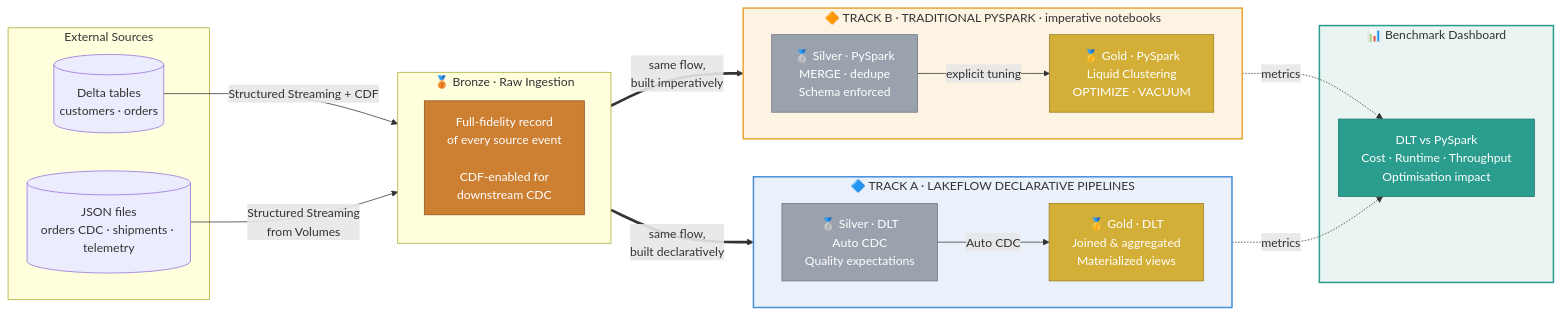
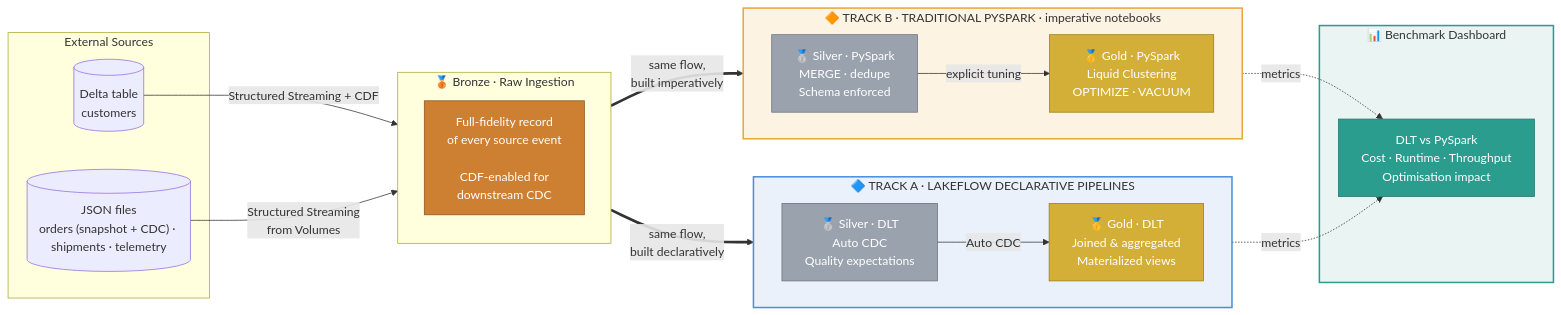
Before and after one commit to schmucas/databricks_de_professional_practice: the second of 5 diagrams in README.md, drawn with Mermaid. The commit also changed other lines of this file and 2 other files, not shown here.

Commit message:
update orders flow and readme

````diff
--- a/README.md
+++ b/README.md
@@ -150,50 +151,50 @@
 ```mermaid
 flowchart LR
     subgraph Sources["External Sources"]
-        S1[("Delta tables<br/>customers · orders")]
-        S2[("JSON files<br/>orders CDC · shipments · telemetry")]
+        S1[("Delta table<br/>customers")]
+        S2[("JSON files<br/>orders (snapshot + CDC) · shipments · telemetry")]
     end
 
     subgraph Bronze["🥉 Bronze · Raw Ingestion"]
         B["Full-fidelity record<br/>of every source event<br/><br/>CDF-enabled for<br/>downstream CDC"]
     end
 
     subgraph dlt_track["🔷 TRACK A · LAKEFLOW DECLARATIVE PIPELINES"]
         direction LR
         SV1["🥈 Silver · DLT<br/>Auto CDC<br/>Quality expectations"]
         G1["🥇 Gold · DLT<br/>Joined & aggregated<br/>Materialized views"]
         SV1 -->|"Auto CDC"| G1
     end
 
     subgraph psp_track["🔶 TRACK B · TRADITIONAL PYSPARK · imperative notebooks"]
         direction LR
         SV2["🥈 Silver · PySpark<br/>MERGE · dedupe<br/>Schema enforced"]
         G2["🥇 Gold · PySpark<br/>Liquid Clustering<br/>OPTIMIZE · VACUUM"]
         SV2 -->|"explicit tuning"| G2
     end
 
     subgraph bench["📊 Benchmark Dashboard"]
         CMP["DLT vs PySpark<br/>Cost · Runtime · Throughput<br/>Optimisation impact"]
     end
 
     S1 -->|"Structured Streaming + CDF"| Bronze
     S2 -->|"Structured Streaming<br/>from Volumes"| Bronze
     Bronze ==>|"same flow,<br/>built declaratively"| SV1
     Bronze ==>|"same flow,<br/>built imperatively"| SV2
     G1 -.->|"metrics"| CMP
     G2 -.->|"metrics"| CMP
 
     classDef bronze fill:#cd7f32,stroke:#8a5522,color:#fff
     classDef silver fill:#9aa3ad,stroke:#6b7280,color:#fff
     classDef gold   fill:#d4af37,stroke:#9a7d1a,color:#fff
     classDef bench  fill:#2a9d8f,stroke:#1f7a6f,color:#fff
 
     class B bronze
     class SV1,SV2 silver
     class G1,G2 gold
     class CMP bench
 
     style dlt_track fill:#eaf1fb,stroke:#4a90d9,stroke-width:2px
     style psp_track fill:#fdf3e3,stroke:#e8a838,stroke-width:2px
     style bench     fill:#eaf5f3,stroke:#2a9d8f,stroke-width:2px
 ```
````
